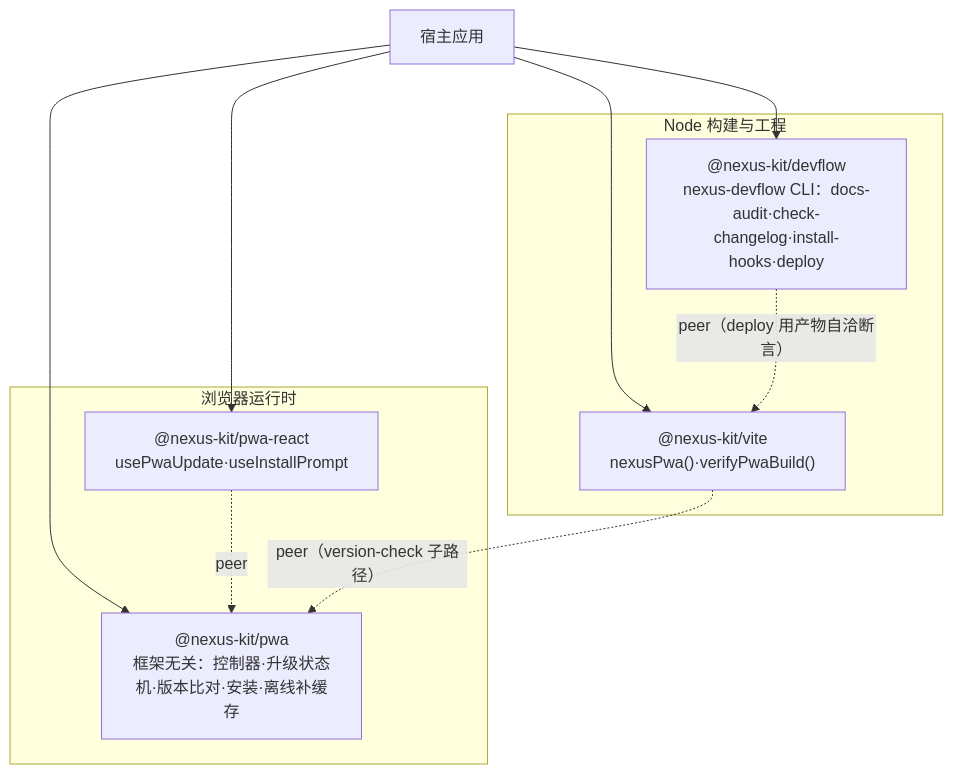
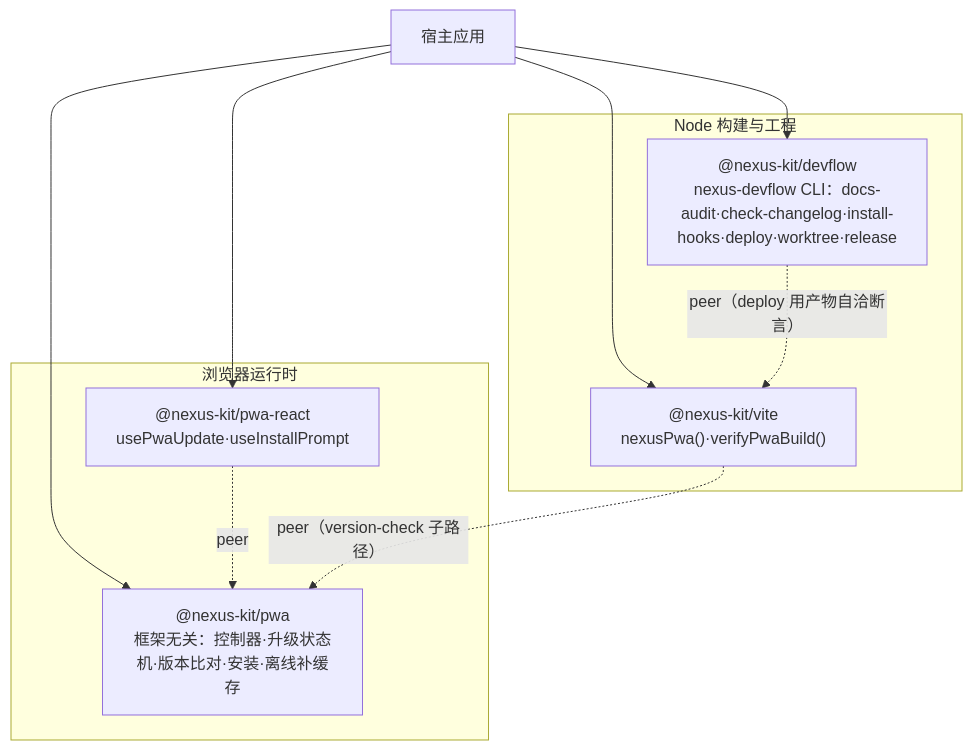
One commit to iazrael/nexus-kit changed the first of 2 diagrams in docs/架构算法/总览.md. Above: the diagram before and after it, drawn with Mermaid. The commit also changed other lines of this file and 46 other files, not shown here.

````diff
--- a/docs/架构算法/总览.md
+++ b/docs/架构算法/总览.md
@@ -7,15 +7,15 @@
 ```mermaid
 flowchart TB
   subgraph 浏览器运行时
     PWA["@nexus-kit/pwa<br/>框架无关：控制器·升级状态机·版本比对·安装·离线补缓存"]
     PR["@nexus-kit/pwa-react<br/>usePwaUpdate·useInstallPrompt"]
   end
   subgraph Node 构建与工程
     VITE["@nexus-kit/vite<br/>nexusPwa()·verifyPwaBuild()"]
-    DF["@nexus-kit/devflow<br/>nexus-devflow CLI：docs-audit·check-changelog·install-hooks·deploy"]
+    DF["@nexus-kit/devflow<br/>nexus-devflow CLI：docs-audit·check-changelog·install-hooks·deploy·worktree·release"]
   end
   PR -. peer .-> PWA
   VITE -. "peer（version-check 子路径）" .-> PWA
   DF -. "peer（deploy 用产物自洽断言）" .-> VITE
   APP[宿主应用] --> PWA & PR & VITE & DF
 ```
````
